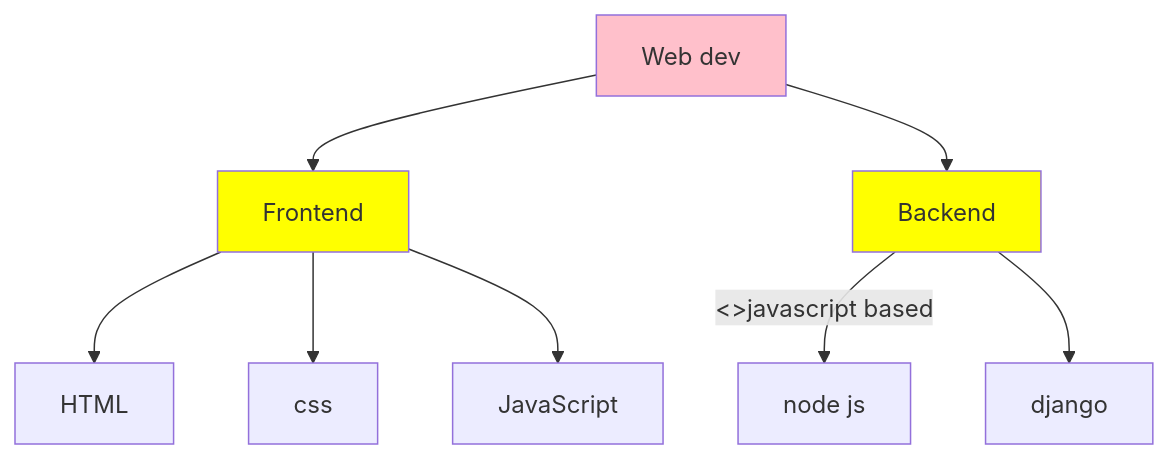
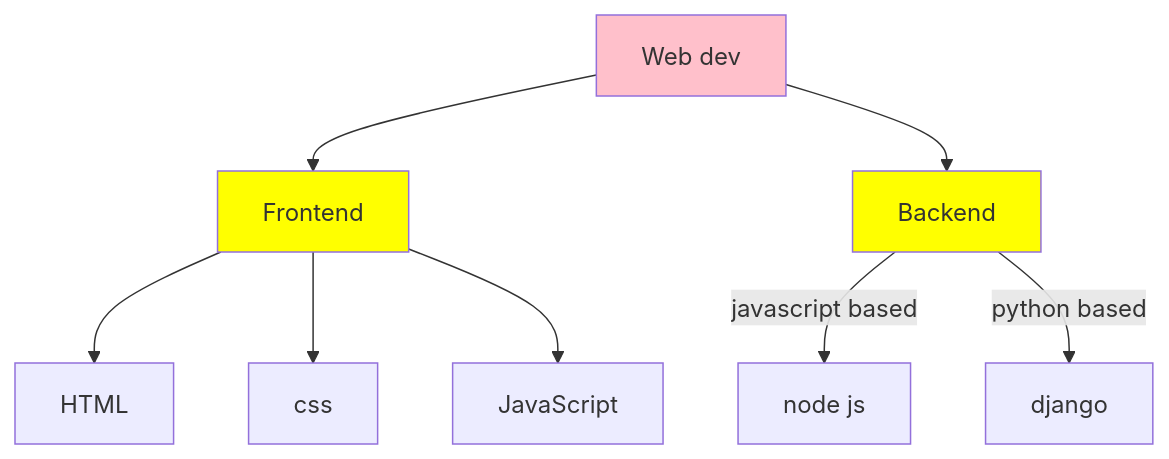
Before and after one commit to soumalya-mondal99/Roadmaps-basics: the second of 2 diagrams in README.md, drawn with Mermaid.

````diff
--- a/README.md
+++ b/README.md
@@ -15,13 +15,13 @@
 ```mermaid
 flowchart TD;
   W1[Web dev]-->W2[Frontend];
   W1[Web dev]-->W3[Backend];
   W2-->HTML;
   W2-->css;
   W2-->JavaScript;
-  W3--<>javascript based-->W4[node js];
-  W3-->W5[django];
+  W3--javascript based-->W4[node js];
+  W3--python based-->W5[django];
   style W1 fill:pink;
   style W2 fill:yellow; style W3 fill:yellow;
   
 ```
````
